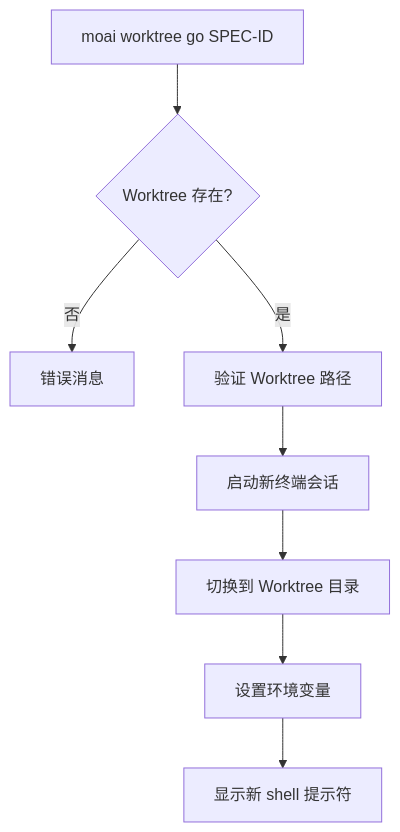
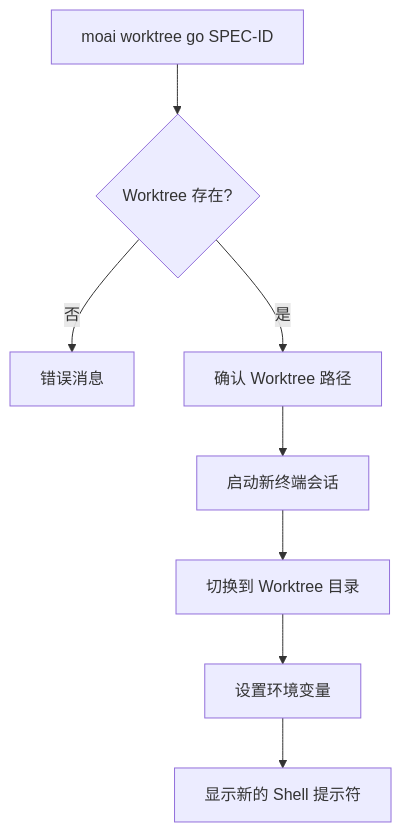
One commit to modu-ai/moai-adk changed the third of 10 diagrams in docs-site/content/zh/worktree/guide.md. Above: the diagram before and after it, drawn with Mermaid. The commit also changed other lines of this file and 395 other files, not shown here.

````diff
--- a/docs-site/content/zh/worktree/guide.md
+++ b/docs-site/content/zh/worktree/guide.md
@@ -141,10 +146,10 @@
 ```mermaid
 flowchart TD
     A[moai worktree go SPEC-ID] --> B{Worktree 存在?}
     B -->|否| C[错误消息]
-    B -->|是| D[验证 Worktree 路径]
+    B -->|是| D[确认 Worktree 路径]
     D --> E[启动新终端会话]
     E --> F[切换到 Worktree 目录]
     F --> G[设置环境变量]
-    G --> H[显示新 shell 提示符]
+    G --> H[显示新的 Shell 提示符]
 ```
````
